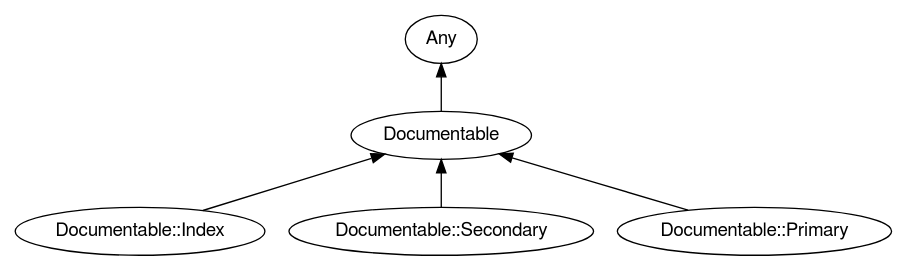
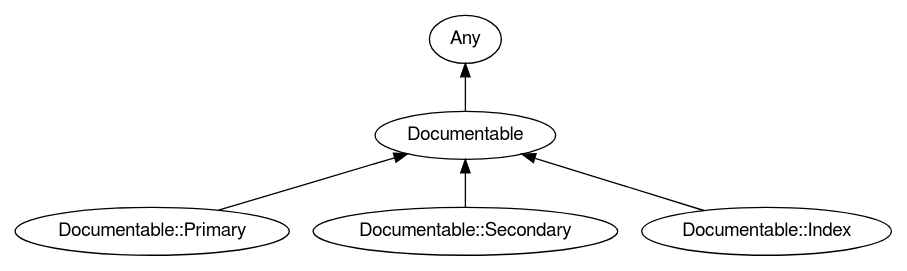
One commit to tbrowder/Documentable changed the diagram in images/type-graph-Documentable.svg.dot. Above: the diagram before and after it, drawn with Graphviz. The commit also changed other lines of this file and 12 other files, not shown here.

```diff
--- a/images/type-graph-Documentable.svg.dot
+++ b/images/type-graph-Documentable.svg.dot
@@ -1,19 +1,19 @@
 digraph "perl6-type-graph" {
     rankdir=BT;
     splines=polyline;
     overlap=false; 
     // Types
     "Documentable" [color="#000000", fontcolor="#000000", href="/type/Documentable", fontname="FreeSans"];
     "Any" [color="#000000", fontcolor="#000000", href="/type/Any", fontname="FreeSans"];
+    "Documentable::Primary" [color="#000000", fontcolor="#000000", href="/type/Documentable::Primary", fontname="FreeSans"];
+    "Documentable::Secondary" [color="#000000", fontcolor="#000000", href="/type/Documentable::Secondary", fontname="FreeSans"];
     "Documentable::Index" [color="#000000", fontcolor="#000000", href="/type/Documentable::Index", fontname="FreeSans"];
-    "Documentable::Secondary" [color="#000000", fontcolor="#000000", href="/type/Documentable::Secondary", fontname="FreeSans"];
-    "Documentable::Primary" [color="#000000", fontcolor="#000000", href="/type/Documentable::Primary", fontname="FreeSans"];
 
     // Superclasses
     "Documentable" -> "Any" [color="#000000"];
+    "Documentable::Primary" -> "Documentable" [color="#000000"];
+    "Documentable::Secondary" -> "Documentable" [color="#000000"];
     "Documentable::Index" -> "Documentable" [color="#000000"];
-    "Documentable::Secondary" -> "Documentable" [color="#000000"];
-    "Documentable::Primary" -> "Documentable" [color="#000000"];
 
     // Roles
 }
```
